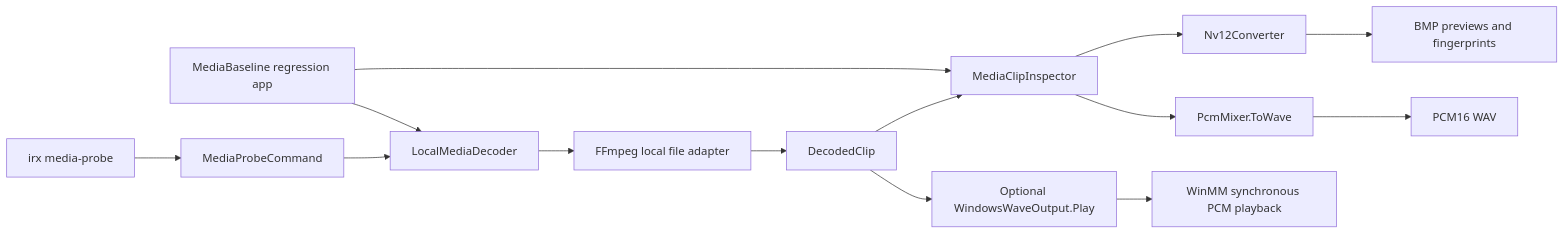
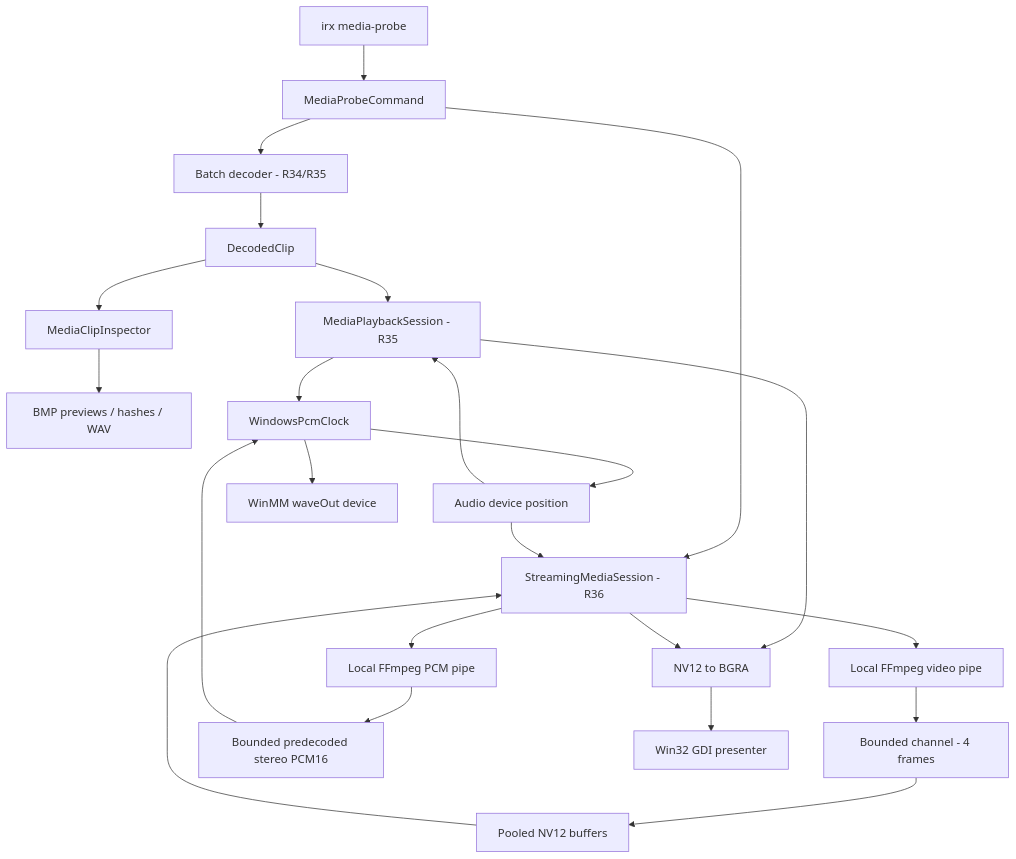
One commit to DBWilliamEngineering/IraRationis changed the fourth of 6 diagrams in README.md. Above: the diagram before and after it, drawn with Mermaid. The commit also changed other lines of this file and 17 other files, not shown here.

First line of the commit message:
Introduce bounded media streaming and automated release engineering

````diff
--- a/README.md
+++ b/README.md
@@ -167,16 +171,25 @@
 ```mermaid
-flowchart LR
+flowchart TD
     A[irx media-probe] --> B[MediaProbeCommand]
-    B --> C[LocalMediaDecoder]
-    C --> D[FFmpeg local file adapter]
-    D --> E[DecodedClip]
+    B --> C[Batch decoder - R34/R35]
+    B --> S[StreamingMediaSession - R36]
+    C --> E[DecodedClip]
     E --> F[MediaClipInspector]
-    F --> G[Nv12Converter]
-    F --> H[PcmMixer.ToWave]
-    G --> I[BMP previews and fingerprints]
-    H --> J[PCM16 WAV]
-    E --> K[Optional WindowsWaveOutput.Play]
-    K --> L[WinMM synchronous PCM playback]
-    T[MediaBaseline regression app] --> C
-    T --> F
+    F --> I[BMP previews / hashes / WAV]
+    E --> P[MediaPlaybackSession - R35]
+    S --> V[Local FFmpeg video pipe]
+    V --> Q[Bounded channel - 4 frames]
+    Q --> N[Pooled NV12 buffers]
+    S --> U[Local FFmpeg PCM pipe]
+    U --> W[Bounded predecoded stereo PCM16]
+    P --> K[WindowsPcmClock]
+    W --> K
+    K --> T[Audio device position]
+    T --> P
+    T --> S
+    P --> G[NV12 to BGRA]
+    N --> S
+    S --> G
+    G --> H[Win32 GDI presenter]
+    K --> L[WinMM waveOut device]
 ```
````
